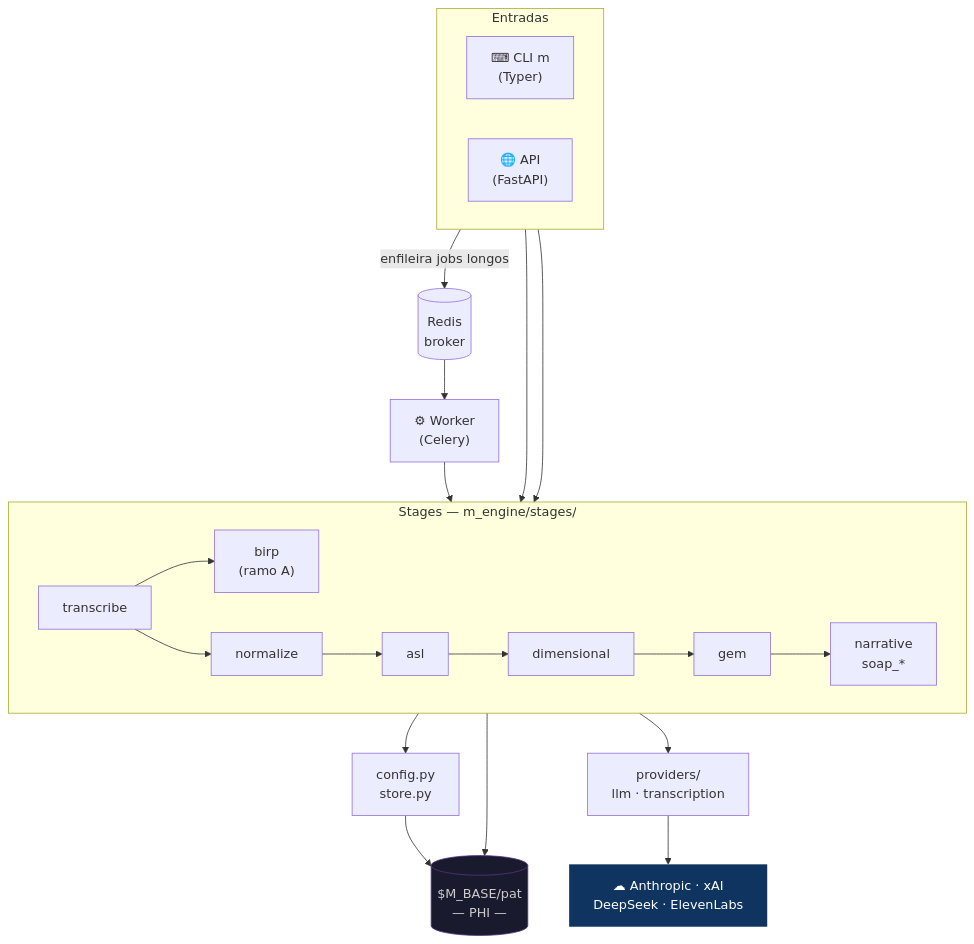
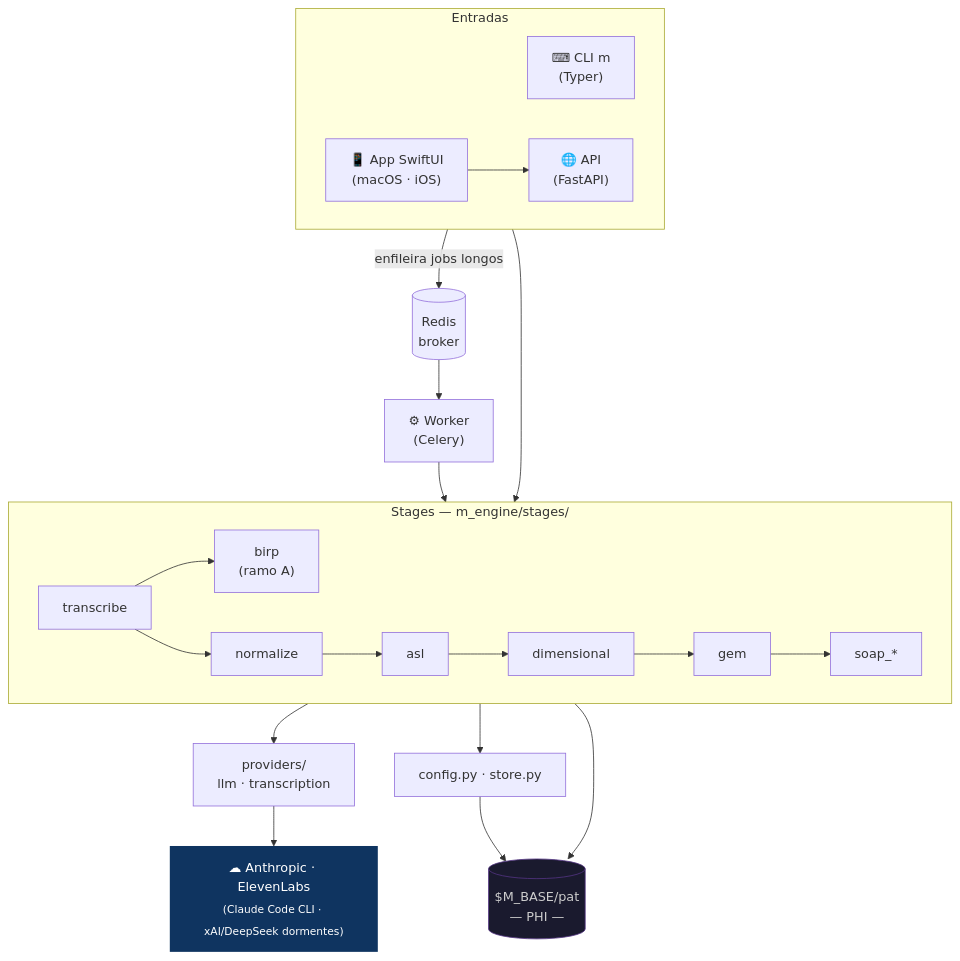
One commit to myselfgus/m changed the eighth of 10 diagrams in README.md. Above: the diagram before and after it, drawn with Mermaid. The commit also changed other lines of this file and 17 other files, not shown here.

First line of the commit message:
feat: SOAP reformulado (Sumário/Seguimento) + prompt caching 1h/prewarm + ícone do app; README ampliado

````diff
--- a/README.md
+++ b/README.md
@@ -167,31 +252,31 @@
 ```mermaid
 flowchart TB
     subgraph entrypoints["Entradas"]
         direction LR
-        CLI["⌨ CLI m\n(Typer)"]
-        API["🌐 API\n(FastAPI)"]
+        CLI["⌨ CLI m<br/>(Typer)"]
+        API["🌐 API<br/>(FastAPI)"]
+        APP["📱 App SwiftUI<br/>(macOS · iOS)"]
     end
 
-    API -->|enfileira jobs longos| Q[(Redis\nbroker)]
-    Q --> W["⚙ Worker\n(Celery)"]
+    APP --> API
+    API -->|enfileira jobs longos| Q[(Redis<br/>broker)]
+    Q --> W["⚙ Worker<br/>(Celery)"]
 
     CLI --> STAGES
-    API --> STAGES
     W --> STAGES
 
     subgraph STAGES["Stages — m_engine/stages/"]
         direction LR
-        S1[transcribe] --> SB["birp\n(ramo A)"]
-        S1 --> S2[normalize] --> S3[asl] --> S4[dimensional] --> S5[gem] --> S6["narrative\nsoap_*"]
+        S1[transcribe] --> SB["birp<br/>(ramo A)"]
+        S1 --> S2[normalize] --> S3[asl] --> S4[dimensional] --> S5[gem] --> S6["soap_*"]
     end
 
-    STAGES --> CFG["config.py\nstore.py"]
-    STAGES --> PROV["providers/\nllm · transcription"]
-
-    PROV --> EXT["☁ Anthropic · xAI\nDeepSeek · ElevenLabs"]
-    CFG --> FS[("$M_BASE/pat\n— PHI —")]
+    STAGES --> PROV["providers/<br/>llm · transcription"]
+    STAGES --> CFG["config.py · store.py"]
+    PROV --> EXT["☁ Anthropic · ElevenLabs<br/><sub>(Claude Code CLI · xAI/DeepSeek dormentes)</sub>"]
+    CFG --> FS[("$M_BASE/pat<br/>— PHI —")]
     STAGES --> FS
 
     style FS fill:#1a1a2e,color:#ccc,stroke:#533483
     style EXT fill:#0f3460,color:#fff,stroke:none
 ```
````
